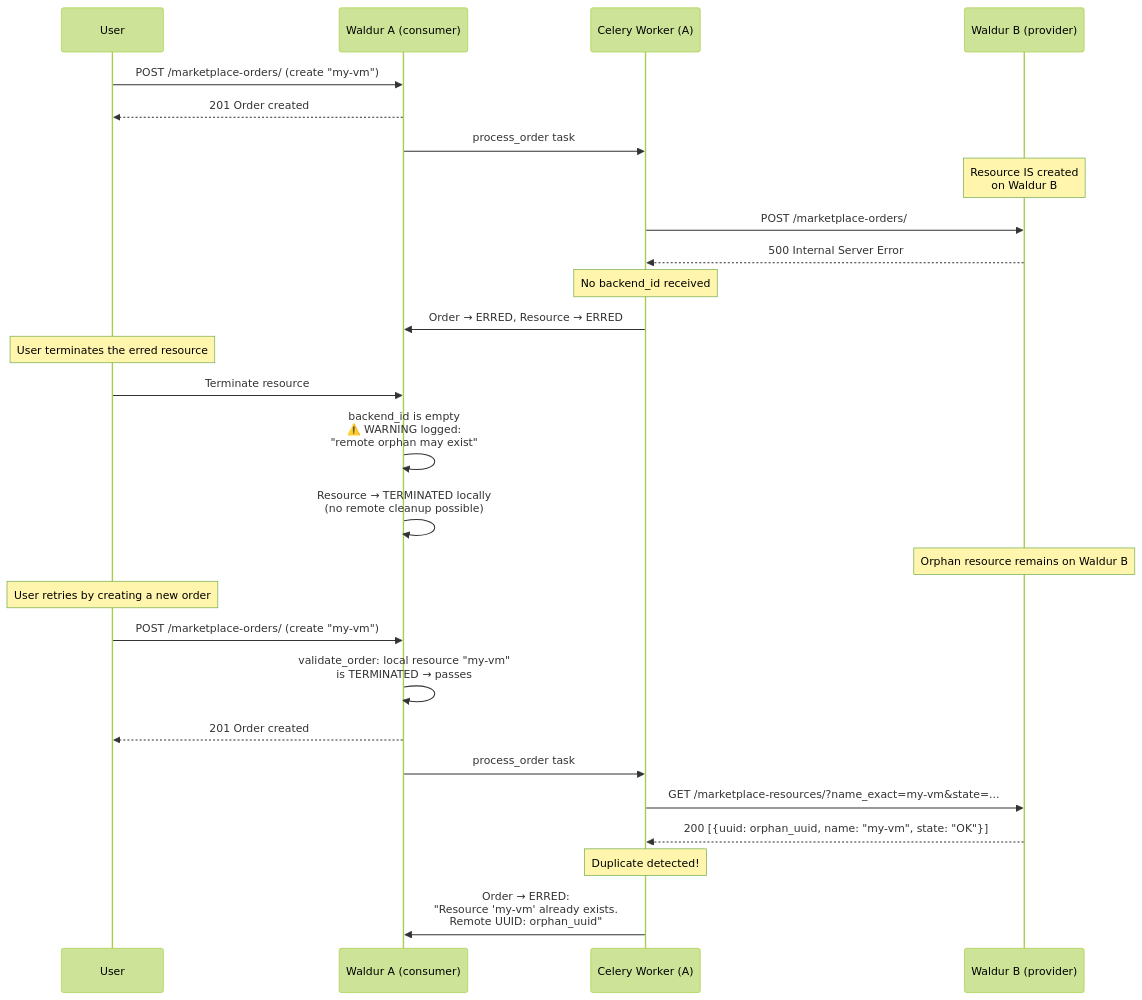
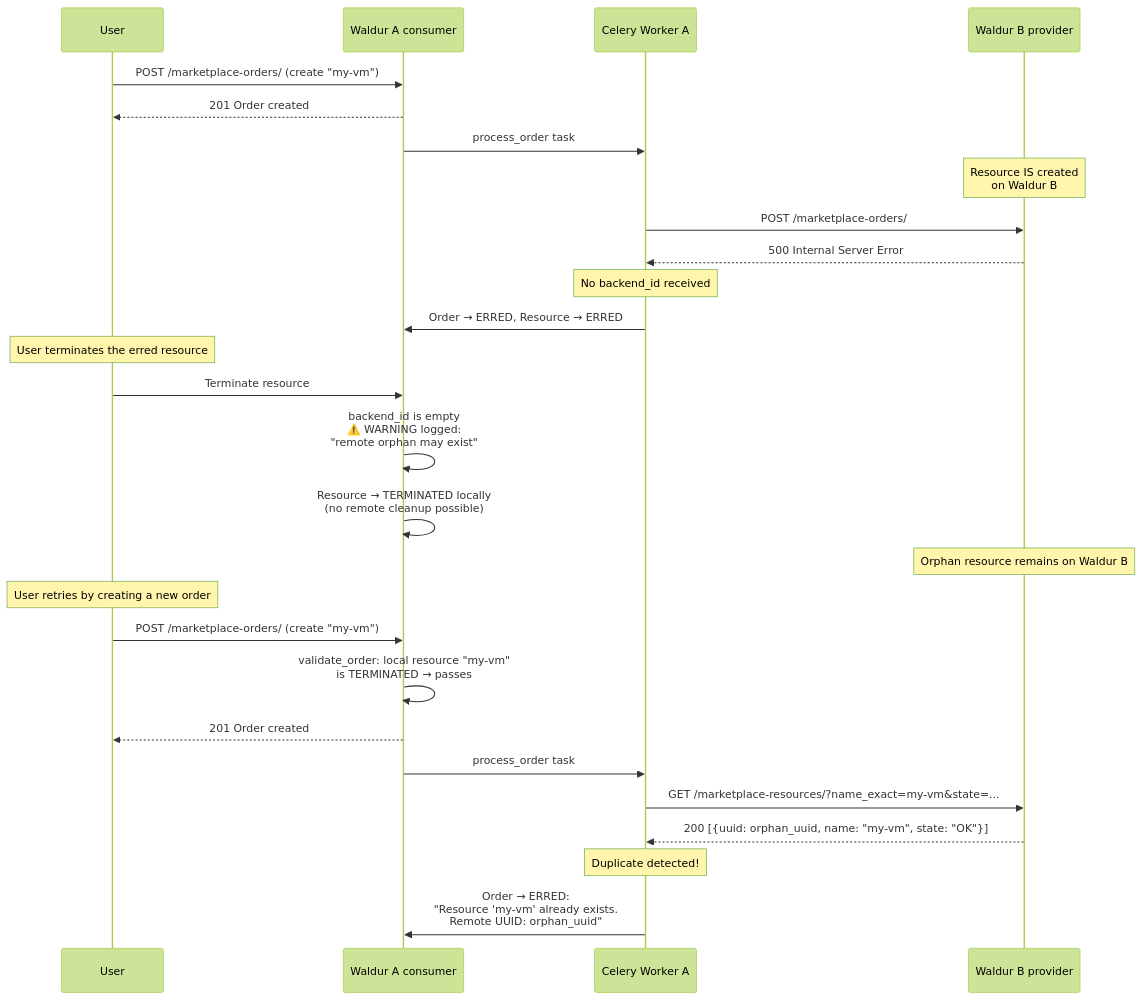
One commit to waldur/waldur-docs changed the fifth of 7 diagrams in docs/developer-guide/core-concepts/marketplace-orders.md. Above: the diagram before and after it, drawn with Mermaid (forest theme). The commit also changed other lines of this file and 34 other files, not shown here.

````diff
--- a/docs/developer-guide/core-concepts/marketplace-orders.md
+++ b/docs/developer-guide/core-concepts/marketplace-orders.md
@@ -599,36 +595,36 @@
 ```mermaid
 sequenceDiagram
     participant User
-    participant WaldurA as Waldur A (consumer)
-    participant CeleryA as Celery Worker (A)
-    participant WaldurB as Waldur B (provider)
+    participant WaldurA as Waldur A consumer
+    participant CeleryA as Celery Worker A
+    participant WaldurB as Waldur B provider
 
     User->>WaldurA: POST /marketplace-orders/ (create "my-vm")
     WaldurA-->>User: 201 Order created
     WaldurA->>CeleryA: process_order task
 
     Note over WaldurB: Resource IS created<br/>on Waldur B
     CeleryA->>WaldurB: POST /marketplace-orders/
     WaldurB-->>CeleryA: 500 Internal Server Error
 
     Note over CeleryA: No backend_id received
     CeleryA->>WaldurA: Order → ERRED, Resource → ERRED
 
     Note over User: User terminates the erred resource
     User->>WaldurA: Terminate resource
     WaldurA->>WaldurA: backend_id is empty<br/>⚠️ WARNING logged:<br/>"remote orphan may exist"
     WaldurA->>WaldurA: Resource → TERMINATED locally<br/>(no remote cleanup possible)
 
     Note over WaldurB: Orphan resource remains on Waldur B
 
     Note over User: User retries by creating a new order
     User->>WaldurA: POST /marketplace-orders/ (create "my-vm")
     WaldurA->>WaldurA: validate_order: local resource "my-vm"<br/>is TERMINATED → passes
     WaldurA-->>User: 201 Order created
     WaldurA->>CeleryA: process_order task
     CeleryA->>WaldurB: GET /marketplace-resources/?name_exact=my-vm&state=...
     WaldurB-->>CeleryA: 200 [{uuid: orphan_uuid, name: "my-vm", state: "OK"}]
 
     Note over CeleryA: Duplicate detected!
     CeleryA->>WaldurA: Order → ERRED:<br/>"Resource 'my-vm' already exists.<br/>Remote UUID: orphan_uuid"
 ```
````
